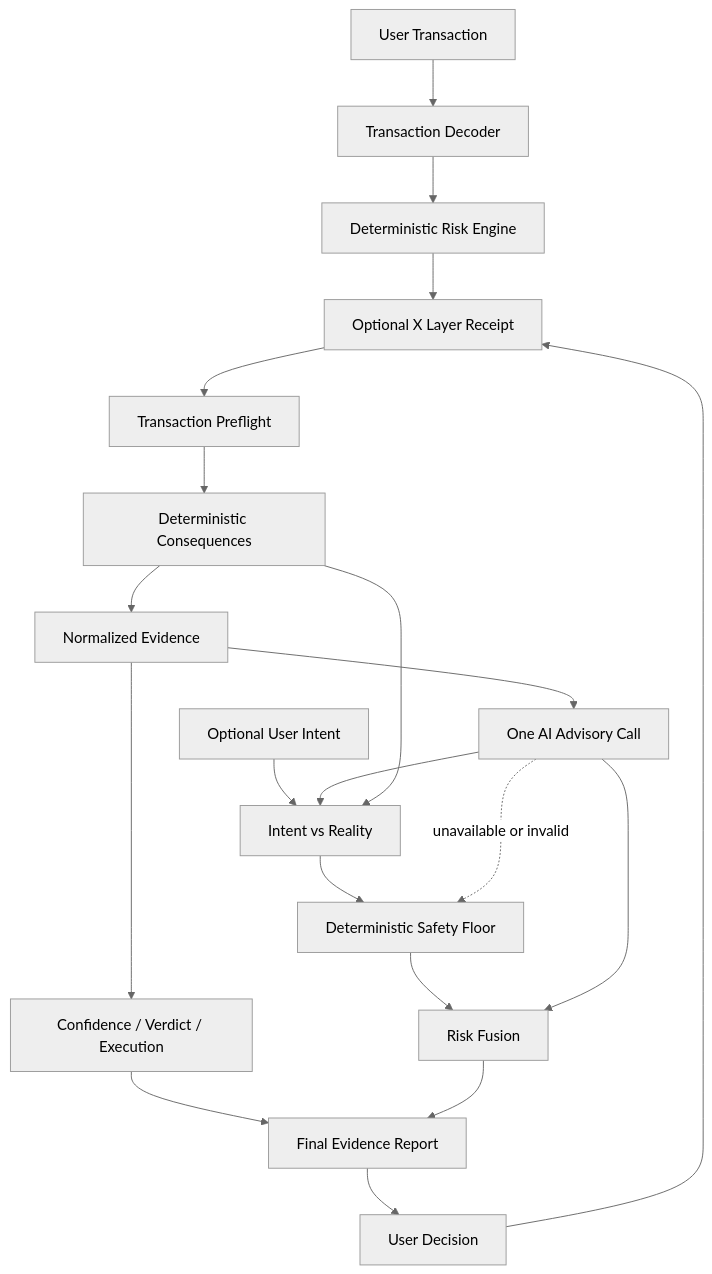
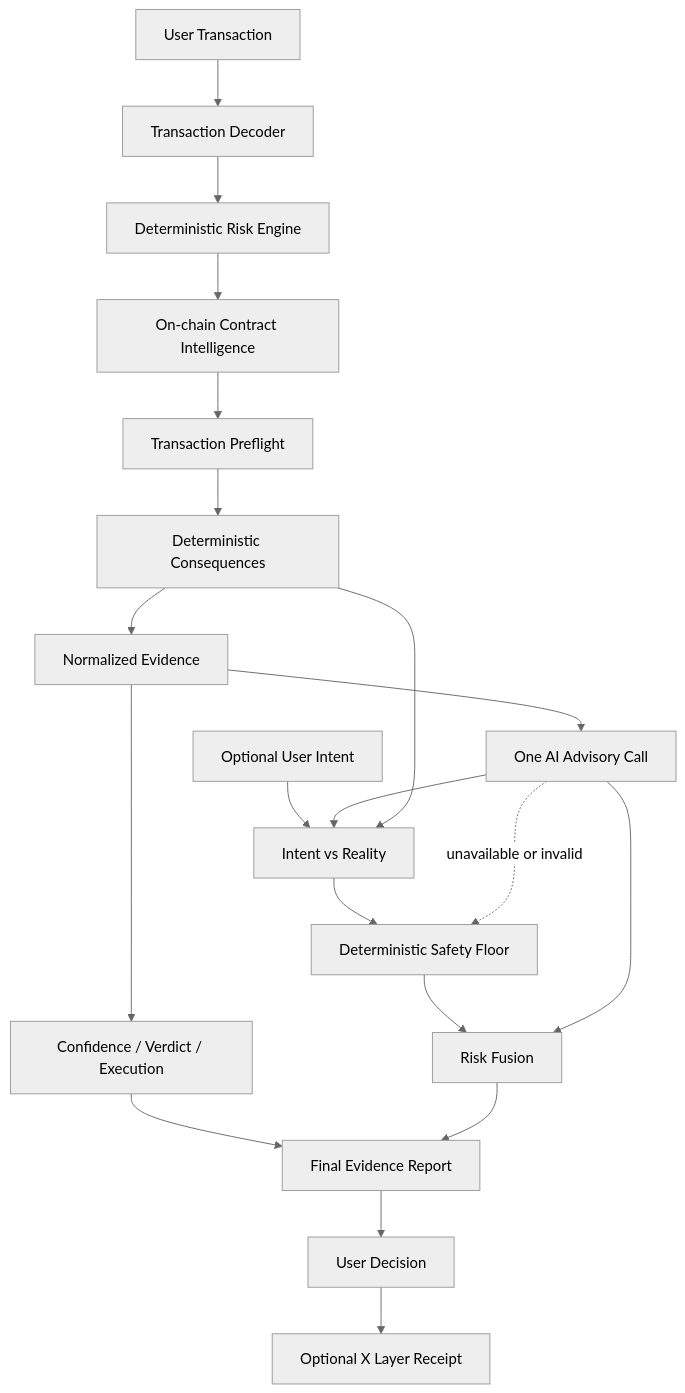
The diagram in README.md (leafwithered/xguard-ai), drawn with Mermaid (neutral theme) before and after one commit. The commit also changed other lines of this file and 8 other files, not shown here.

````diff
--- a/README.md
+++ b/README.md
@@ -100,22 +100,22 @@
 ```mermaid
 flowchart TD
     U[User Transaction] --> D[Transaction Decoder]
     D --> L[Deterministic Risk Engine]
-    L --> O[On-chain Contract Intelligence]
-    O --> P[Transaction Preflight]
+    L --> CI[On-chain Contract Intelligence]
+    CI --> P[Transaction Preflight]
     P --> C[Deterministic Consequences]
     C --> E[Normalized Evidence]
     E --> V[Confidence / Verdict / Execution]
     E --> A[One AI Advisory Call]
     I[Optional User Intent] --> M[Intent vs Reality]
     A --> M
     C --> M
     M --> S[Deterministic Safety Floor]
     S --> F[Risk Fusion]
     A --> F
     A -. unavailable or invalid .-> S
     V --> R[Final Evidence Report]
     F --> R
     R --> Q[User Decision]
-    Q --> O[Optional X Layer Receipt]
+    Q --> XR[Optional X Layer Receipt]
 ```
````
